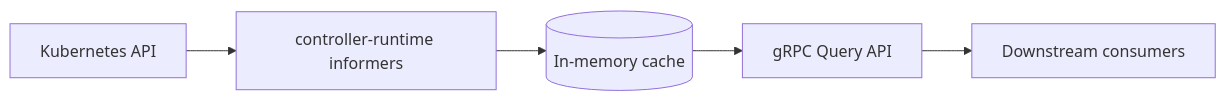
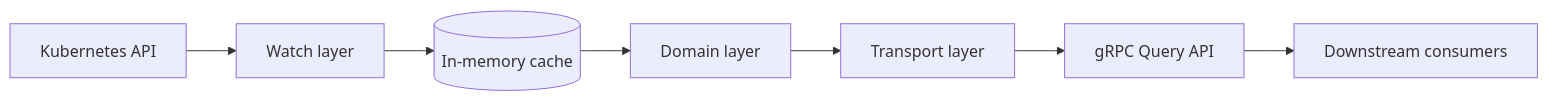
Before and after one commit to Garoze/Muninn: the diagram in docs/design.md, drawn with Mermaid. The commit also changed other lines of this file and 10 other files, not shown here.

Commit message:
docs: rewrite design.md into a full architecture document, add ADRs

````diff
--- a/docs/design.md
+++ b/docs/design.md
@@ -11,7 +69,9 @@
 ```mermaid
 flowchart LR
-    K[Kubernetes API] --> I[controller-runtime informers]
-    I --> C[(In-memory cache)]
-    C --> G[gRPC Query API]
-    G --> D[Downstream consumers]
+    K[Kubernetes API] --> W[Watch layer]
+    W --> C[(In-memory cache)]
+    C --> D[Domain layer]
+    D --> T[Transport layer]
+    T --> Q[gRPC Query API]
+    Q --> X[Downstream consumers]
 ```
````
